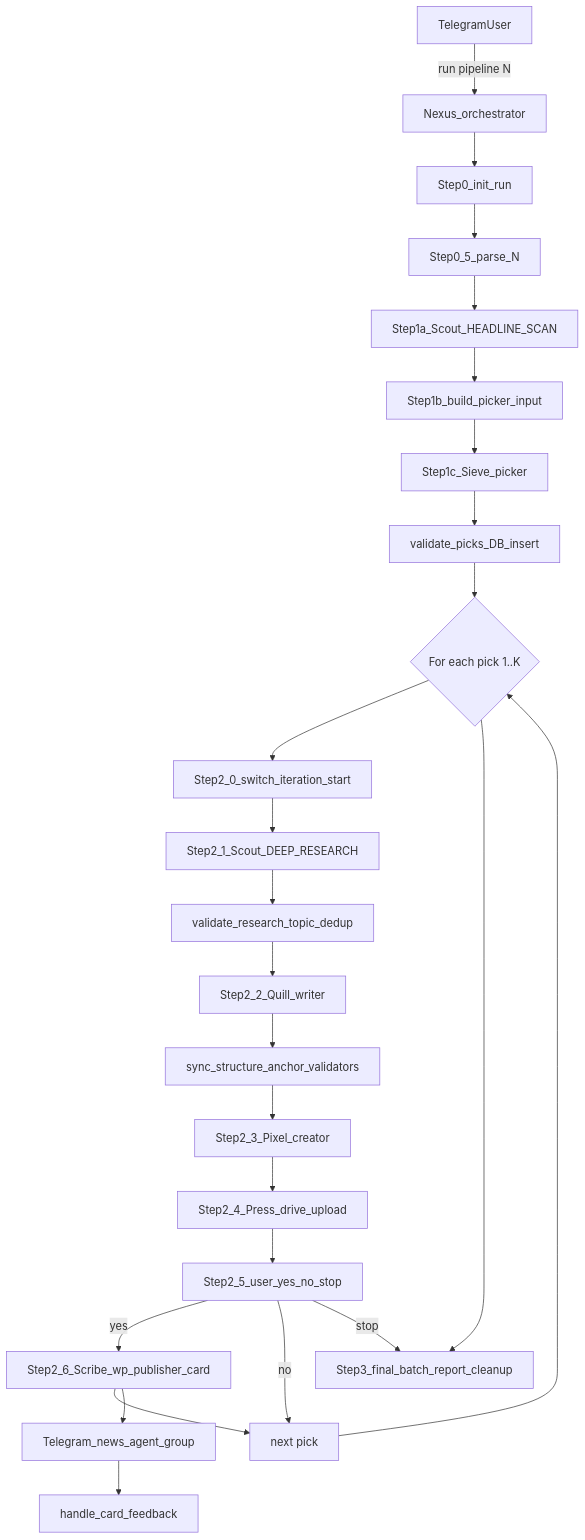
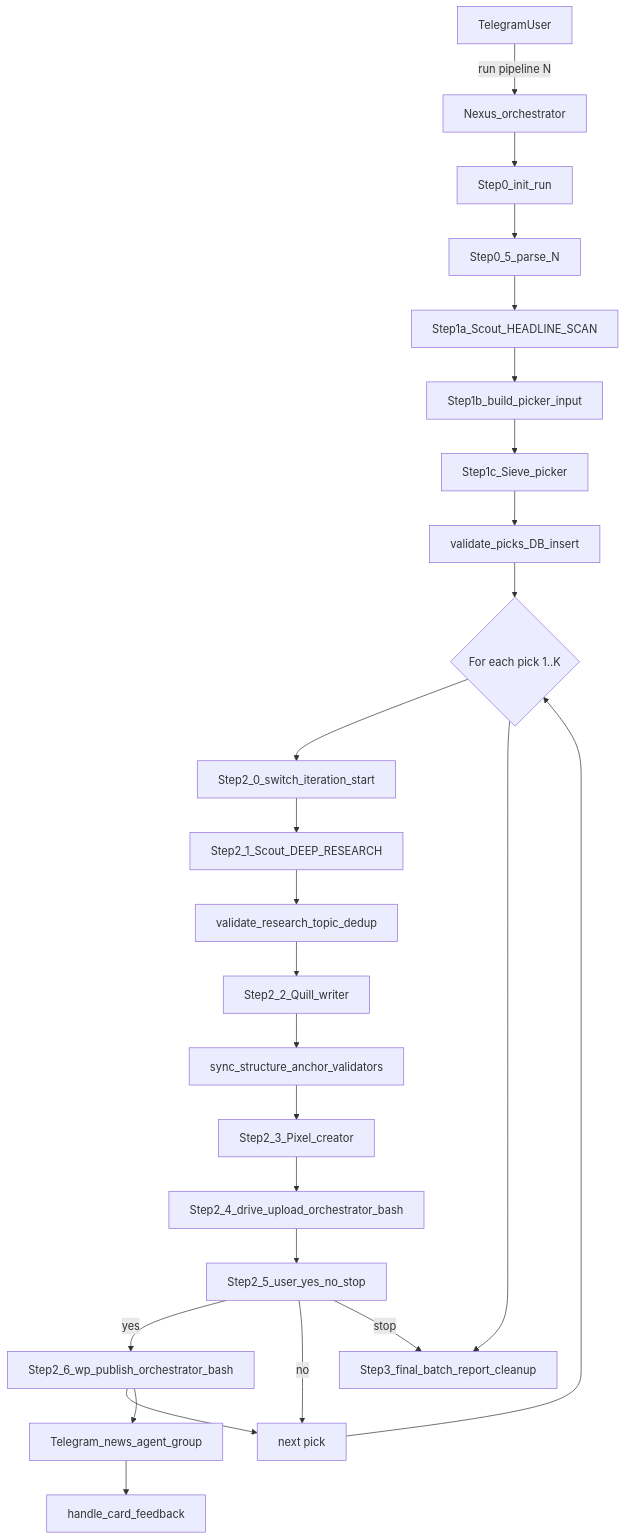
Before and after one commit to SpearmintTechnolgies/News-Agent: the diagram in AGENT_PIPELINE_REGISTRY.md, drawn with Mermaid. The commit also changed other lines of this file and 62 other files, not shown here.

````diff
--- a/AGENT_PIPELINE_REGISTRY.md
+++ b/AGENT_PIPELINE_REGISTRY.md
@@ -28,27 +28,27 @@
 ```mermaid
 flowchart TD
     TG[TelegramUser] -->|run pipeline N| NX[Nexus_orchestrator]
     NX --> S0[Step0_init_run]
     S0 --> S05[Step0_5_parse_N]
     S05 --> S1A[Step1a_Scout_HEADLINE_SCAN]
     S1A --> S1B[Step1b_build_picker_input]
     S1B --> S1C[Step1c_Sieve_picker]
     S1C --> V1C[validate_picks_DB_insert]
     V1C --> LOOP{For each pick 1..K}
     LOOP --> S20[Step2_0_switch_iteration_start]
     S20 --> S21[Step2_1_Scout_DEEP_RESEARCH]
     S21 --> V21[validate_research_topic_dedup]
     V21 --> S22[Step2_2_Quill_writer]
     S22 --> V22[sync_structure_anchor_validators]
     V22 --> S23[Step2_3_Pixel_creator]
-    S23 --> S24[Step2_4_Press_drive_upload]
+    S23 --> S24[Step2_4_drive_upload_orchestrator_bash]
     S24 --> S25[Step2_5_user_yes_no_stop]
-    S25 -->|yes| S26[Step2_6_Scribe_wp_publisher_card]
+    S25 -->|yes| S26[Step2_6_wp_publish_orchestrator_bash]
     S25 -->|no| LOOP_NEXT
     S25 -->|stop| S3
     S26 --> LOOP_NEXT[next pick]
     LOOP_NEXT --> LOOP
     LOOP --> S3[Step3_final_batch_report_cleanup]
     S26 --> TGCard[Telegram_news_agent_group]
     TGCard --> Editorial[handle_card_feedback]
 ```
````
